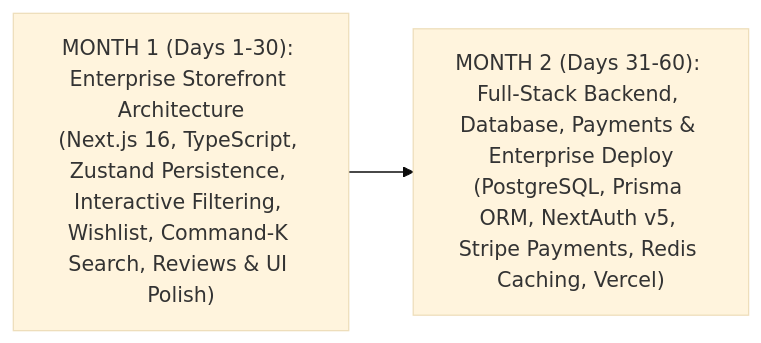
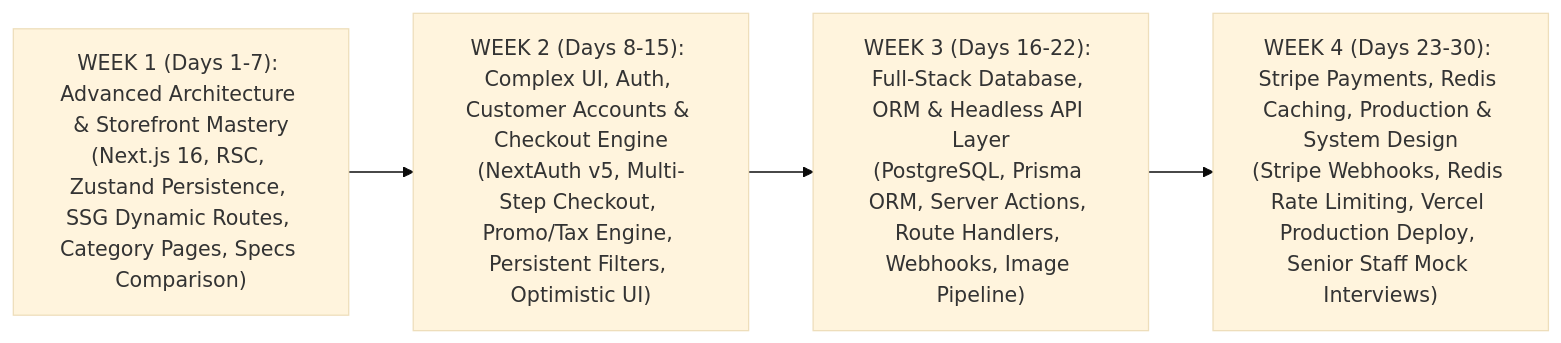
One commit to AdarshRG/nova-ecommerce changed the first of 2 diagrams in COURSE_NOTES.md. Above: the diagram before and after it, drawn with Mermaid (base theme). The commit also changed other lines of this file and 8 other files, not shown here.

````diff
--- a/COURSE_NOTES.md
+++ b/COURSE_NOTES.md
@@ -11,4 +11,6 @@
 ```mermaid
 flowchart LR
-    A["MONTH 1 (Days 1-30): Enterprise Storefront Architecture<br/>(Next.js 16, TypeScript, Zustand Persistence, Interactive Filtering, Wishlist, Command-K Search, Reviews & UI Polish)"] --> B["MONTH 2 (Days 31-60): Full-Stack Backend, Database, Payments & Enterprise Deploy<br/>(PostgreSQL, Prisma ORM, NextAuth v5, Stripe Payments, Redis Caching, Vercel)"]
+    W1["WEEK 1 (Days 1-7): Advanced Architecture & Storefront Mastery<br/>(Next.js 16, RSC, Zustand Persistence, SSG Dynamic Routes, Category Pages, Specs Comparison)"] --> W2["WEEK 2 (Days 8-15): Complex UI, Auth, Customer Accounts & Checkout Engine<br/>(NextAuth v5, Multi-Step Checkout, Promo/Tax Engine, Persistent Filters, Optimistic UI)"]
+    W2 --> W3["WEEK 3 (Days 16-22): Full-Stack Database, ORM & Headless API Layer<br/>(PostgreSQL, Prisma ORM, Server Actions, Route Handlers, Webhooks, Image Pipeline)"]
+    W3 --> W4["WEEK 4 (Days 23-30): Stripe Payments, Redis Caching, Production & System Design<br/>(Stripe Webhooks, Redis Rate Limiting, Vercel Production Deploy, Senior Staff Mock Interviews)"]
 ```
````
